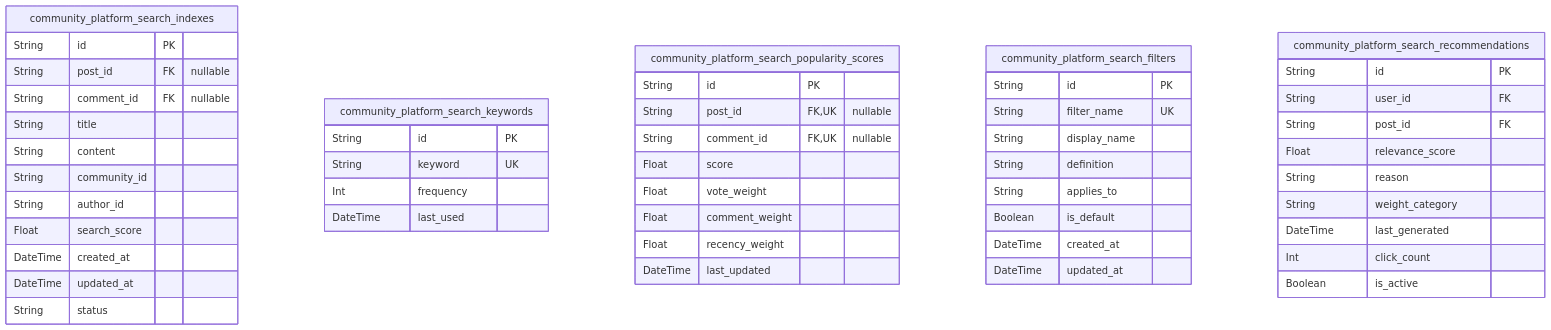
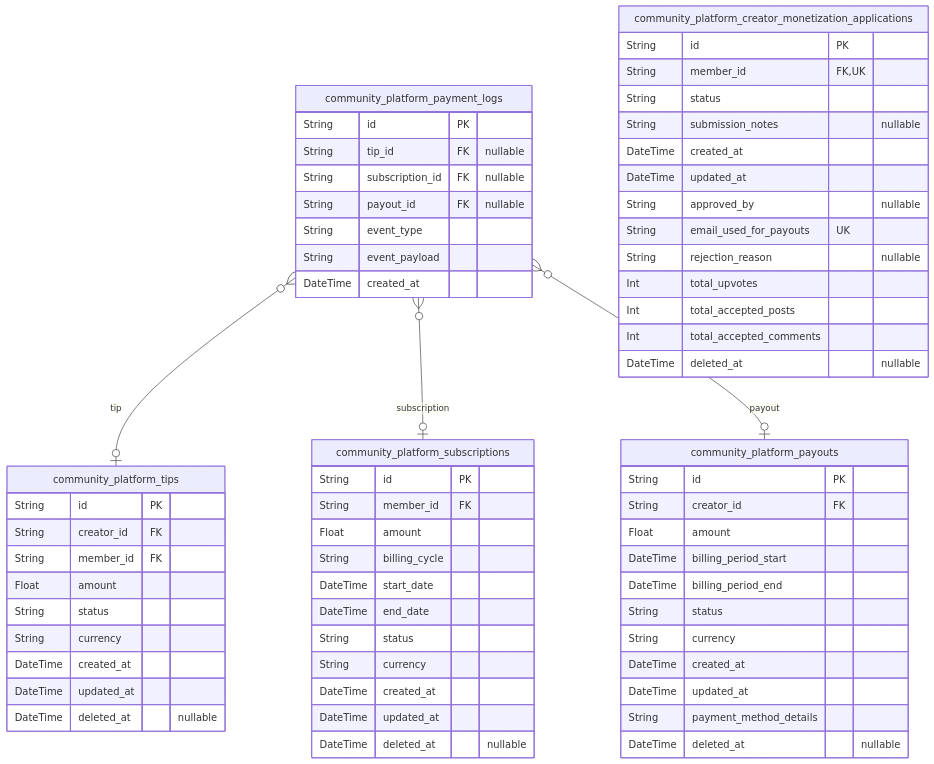
Before and after one commit to wrtnlabs/autobe-examples: the tenth of 10 diagrams in qwen/qwen3-next-80b-a3b-instruct/reddit/docs/ERD.md, drawn with Mermaid. The commit also changed other lines of this file and 22498 other files, not shown here.

````diff
--- a/qwen/qwen3-next-80b-a3b-instruct/reddit/docs/ERD.md
+++ b/qwen/qwen3-next-80b-a3b-instruct/reddit/docs/ERD.md
@@ -2330,53 +3147,67 @@
 ```mermaid
 erDiagram
-"community_platform_search_indexes" {
+"community_platform_tips" {
   String id PK
-  String post_id FK "nullable"
-  String comment_id FK "nullable"
-  String title
-  String content
-  String community_id
-  String author_id
-  Float search_score
+  String creator_id FK
+  String member_id FK
+  Float amount
+  String status
+  String currency
   DateTime created_at
   DateTime updated_at
+  DateTime deleted_at "nullable"
+}
+"community_platform_subscriptions" {
+  String id PK
+  String member_id FK
+  Float amount
+  String billing_cycle
+  DateTime start_date
+  DateTime end_date
   String status
-}
-"community_platform_search_keywords" {
-  String id PK
-  String keyword UK
-  Int frequency
-  DateTime last_used
-}
-"community_platform_search_popularity_scores" {
-  String id PK
-  String post_id FK,UK "nullable"
-  String comment_id FK,UK "nullable"
-  Float score
-  Float vote_weight
-  Float comment_weight
-  Float recency_weight
-  DateTime last_updated
-}
-"community_platform_search_filters" {
-  String id PK
-  String filter_name UK
-  String display_name
-  String definition
-  String applies_to
-  Boolean is_default
+  String currency
   DateTime created_at
   DateTime updated_at
+  DateTime deleted_at "nullable"
 }
-"community_platform_search_recommendations" {
+"community_platform_payouts" {
   String id PK
-  String user_id FK
-  String post_id FK
-  Float relevance_score
-  String reason
-  String weight_category
-  DateTime last_generated
-  Int click_count
-  Boolean is_active
+  String creator_id FK
+  Float amount
+  DateTime billing_period_start
+  DateTime billing_period_end
+  String status
+  String currency
+  DateTime created_at
+  DateTime updated_at
+  String payment_method_details
+  DateTime deleted_at "nullable"
 }
+"community_platform_payment_logs" {
+  String id PK
+  String tip_id FK "nullable"
+  String subscription_id FK "nullable"
+  String payout_id FK "nullable"
+  String event_type
+  String event_payload
+  DateTime created_at
+}
+"community_platform_creator_monetization_applications" {
+  String id PK
+  String member_id FK,UK
+  String status
+  String submission_notes "nullable"
+  DateTime created_at
+  DateTime updated_at
+  String approved_by "nullable"
+  String email_used_for_payouts UK
+  String rejection_reason "nullable"
+  Int total_upvotes
+  Int total_accepted_posts
+  Int total_accepted_comments
+  DateTime deleted_at "nullable"
+}
+"community_platform_payment_logs" }o--o| "community_platform_tips" : tip
+"community_platform_payment_logs" }o--o| "community_platform_subscriptions" : subscription
+"community_platform_payment_logs" }o--o| "community_platform_payouts" : payout
 ```
````
